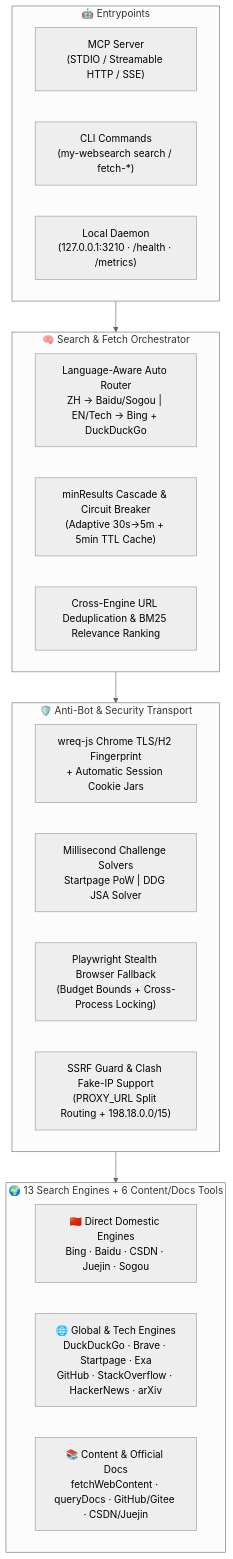
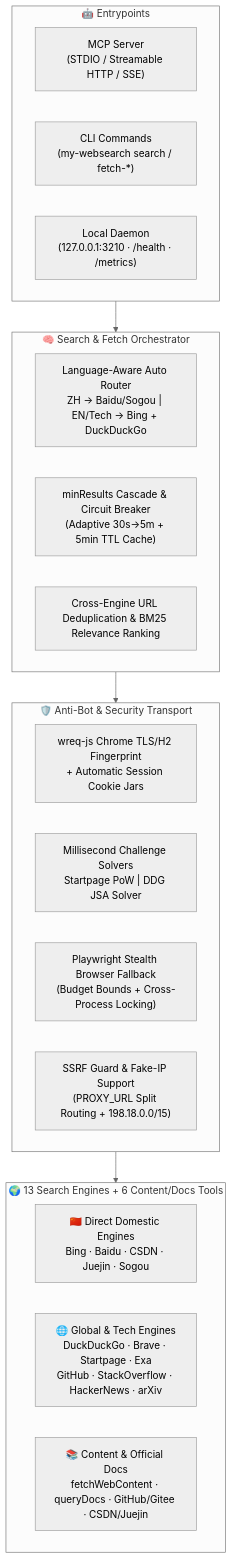
Before and after one commit to wtznicy/my-websearch: the diagram in README.md, drawn with Mermaid (neutral theme). The commit also changed other lines of this file and 28 other files, not shown here.

````diff
--- a/README.md
+++ b/README.md
@@ -47,31 +47,31 @@
 ```mermaid
 flowchart TB
     subgraph Clients["🤖 Entrypoints"]
         MCP["MCP Server<br/>(STDIO / Streamable HTTP / SSE)"]
         CLI["CLI Commands<br/>(my-websearch search / fetch-*)"]
         Daemon["Local Daemon<br/>(127.0.0.1:3210 · /health · /metrics)"]
     end
 
     subgraph Core["🧠 Search & Fetch Orchestrator"]
         Router["Language-Aware Auto Router<br/>ZH → Baidu/Sogou | EN/Tech → Bing + DuckDuckGo"]
         Cascade["minResults Cascade & Circuit Breaker<br/>(Adaptive 30s→5m + 5min TTL Cache)"]
         Ranker["Cross-Engine URL Deduplication & BM25 Relevance Ranking"]
     end
 
     subgraph Transport["🛡️ Anti-Bot & Security Transport"]
         Wreq["wreq-js Chrome TLS/H2 Fingerprint<br/>+ Automatic Session Cookie Jars"]
         Solvers["Millisecond Challenge Solvers<br/>Startpage PoW | DDG JSA Solver"]
         PW["Playwright Stealth Browser Fallback<br/>(Budget Bounds + Cross-Process Locking)"]
-        Guard["SSRF Guard & Clash Fake-IP Support<br/>(PROXY_URL Split Routing + 198.18.0.0/15)"]
+        Guard["SSRF Guard & Fake-IP Support<br/>(PROXY_URL Split Routing + 198.18.0.0/15)"]
     end
 
     subgraph Engines["🌍 13 Search Engines + 6 Content/Docs Tools"]
         CN["🇨🇳 Direct Domestic Engines<br/>Bing · Baidu · CSDN · Juejin · Sogou"]
         INTL["🌐 Global & Tech Engines<br/>DuckDuckGo · Brave · Startpage · Exa<br/>GitHub · StackOverflow · HackerNews · arXiv"]
         Docs["📚 Content & Official Docs<br/>fetchWebContent · queryDocs · GitHub/Gitee · CSDN/Juejin"]
     end
 
     Clients --> Core
     Core --> Transport
     Transport --> Engines
 ```
````
